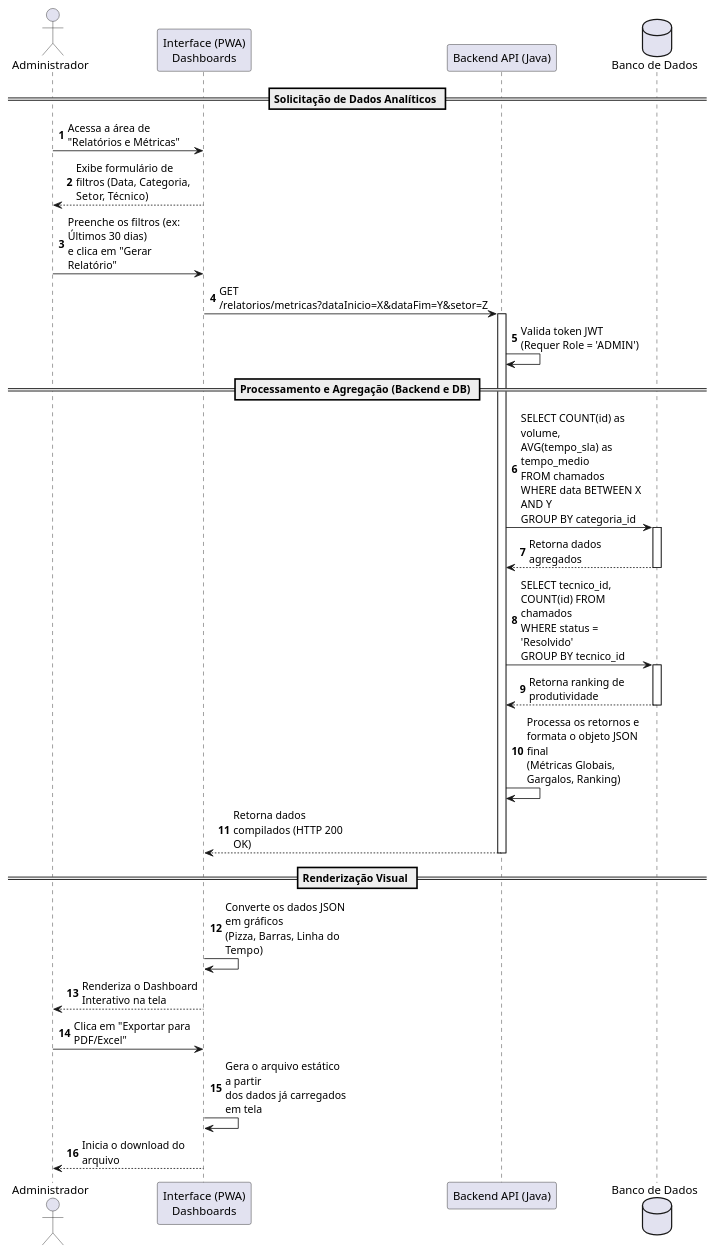
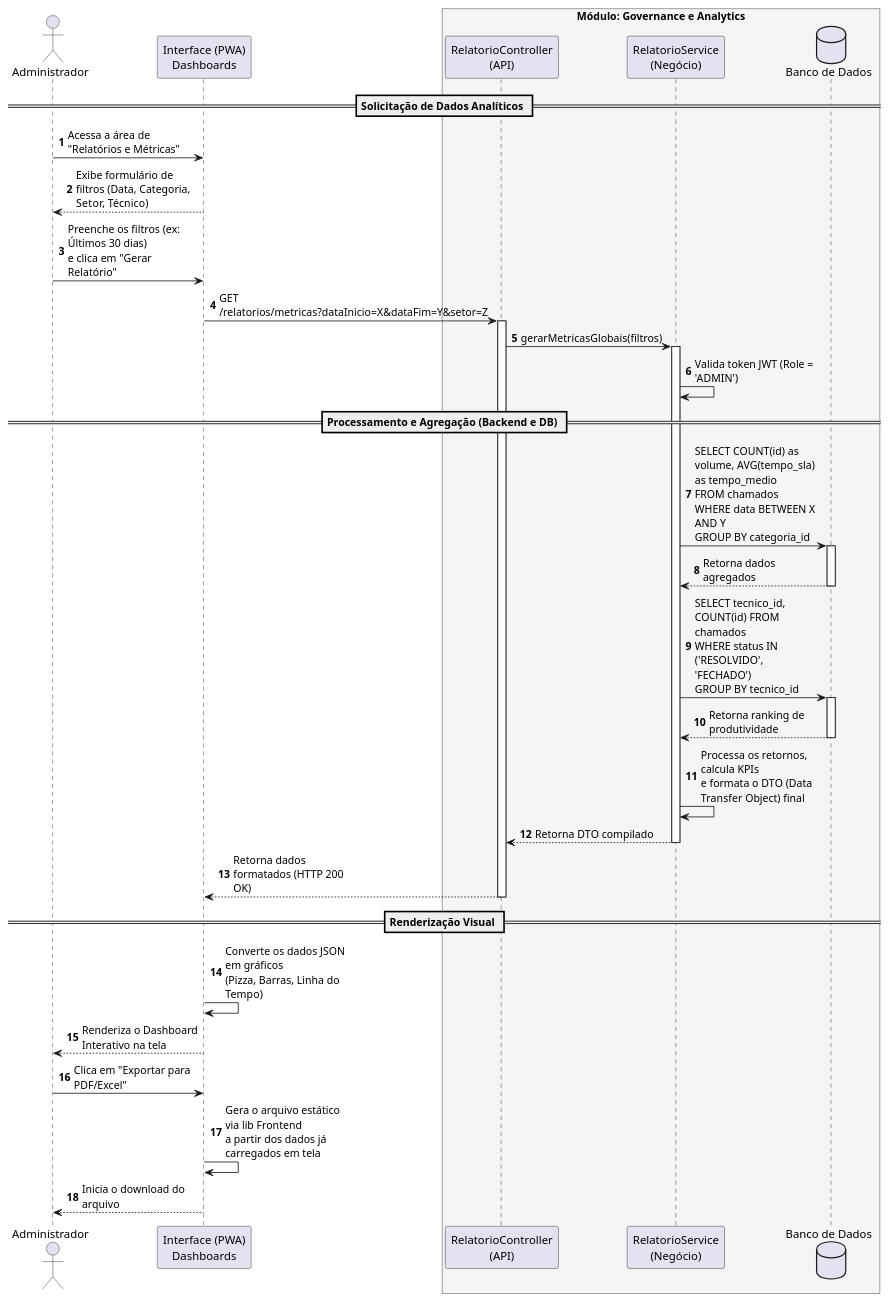
One commit to marciuuu/rIT-help-desk changed the diagram in docs/use-case-uml/case9.puml. Above: the diagram before and after it, drawn with PlantUML. The commit also changed 13 other files, not shown here.

```diff
--- a/docs/use-case-uml/case9.puml
+++ b/docs/use-case-uml/case9.puml
@@ -1,55 +1,66 @@
 @startuml
 ' Configurações visuais
 skinparam maxMessageSize 150
 skinparam handwritten false
 skinparam responseMessageBelowArrow true
 autonumber
 
-' Atores e Participantes
+' Atores e Interface
 actor "Administrador" as admin
 participant "Interface (PWA)\nDashboards" as pwa
-participant "Backend API (Java)" as api
-database "Banco de Dados" as db
+
+' Representação do Monólito Modular
+box "Módulo: Governance e Analytics" #F5F5F5
+    participant "RelatorioController\n(API)" as api
+    participant "RelatorioService\n(Negócio)" as service
+    database "Banco de Dados" as db
+end box
 
 == Solicitação de Dados Analíticos ==
 
 admin -> pwa : Acessa a área de "Relatórios e Métricas"
 pwa --> admin : Exibe formulário de filtros (Data, Categoria, Setor, Técnico)
 
 admin -> pwa : Preenche os filtros (ex: Últimos 30 dias)\ne clica em "Gerar Relatório"
 
 ' Os filtros são passados como Query Parameters na URL
 pwa -> api : GET /relatorios/metricas?dataInicio=X&dataFim=Y&setor=Z
 
 activate api
-api -> api : Valida token JWT (Requer Role = 'ADMIN')
+api -> service : gerarMetricasGlobais(filtros)
+activate service
+
+service -> service : Valida token JWT (Role = 'ADMIN')
 
 == Processamento e Agregação (Backend e DB) ==
 
 ' O agrupamento deve ser feito no banco para poupar memória do Java
-api -> db : SELECT COUNT(id) as volume,\nAVG(tempo_sla) as tempo_medio\nFROM chamados\nWHERE data BETWEEN X AND Y\nGROUP BY categoria_id
+service -> db : SELECT COUNT(id) as volume, AVG(tempo_sla) as tempo_medio\nFROM chamados WHERE data BETWEEN X AND Y\nGROUP BY categoria_id
 activate db
-db --> api : Retorna dados agregados
+db --> service : Retorna dados agregados
 deactivate db
 
-api -> db : SELECT tecnico_id, COUNT(id) FROM chamados\nWHERE status = 'Resolvido'\nGROUP BY tecnico_id
+service -> db : SELECT tecnico_id, COUNT(id) FROM chamados\nWHERE status IN ('RESOLVIDO', 'FECHADO')\nGROUP BY tecnico_id
 activate db
-db --> api : Retorna ranking de produtividade
+db --> service : Retorna ranking de produtividade
 deactivate db
 
-api -> api : Processa os retornos e\nformata o objeto JSON final\n(Métricas Globais, Gargalos, Ranking)
+service -> service : Processa os retornos, calcula KPIs\ne formata o DTO (Data Transfer Object) final
 
-api --> pwa : Retorna dados compilados (HTTP 200 OK)
+service --> api : Retorna DTO compilado
+deactivate service
+
+api --> pwa : Retorna dados formatados (HTTP 200 OK)
 deactivate api
 
 == Renderização Visual ==
 
 pwa -> pwa : Converte os dados JSON em gráficos\n(Pizza, Barras, Linha do Tempo)
 pwa --> admin : Renderiza o Dashboard Interativo na tela
 
 ' Ação opcional de exportação
 admin -> pwa : Clica em "Exportar para PDF/Excel"
-pwa -> pwa : Gera o arquivo estático a partir\ndos dados já carregados em tela
+pwa -> pwa : Gera o arquivo estático via lib Frontend\na partir dos dados já carregados em tela
 pwa --> admin : Inicia o download do arquivo
 
 @enduml
```
